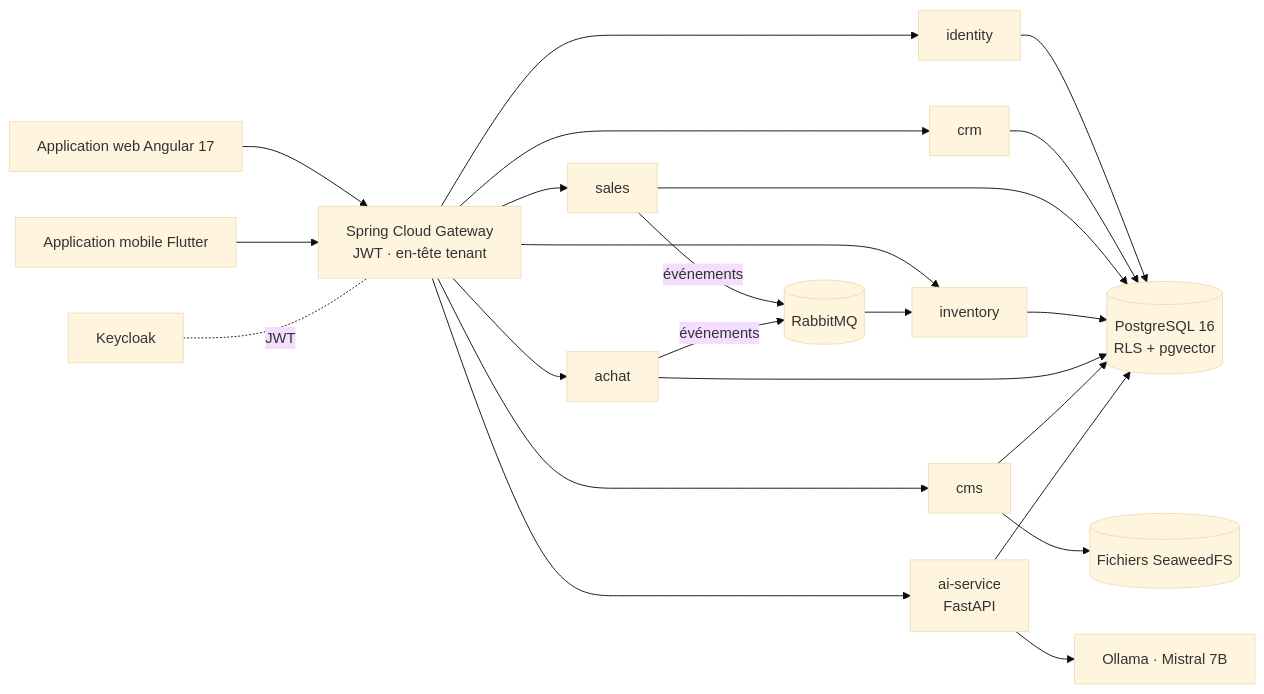
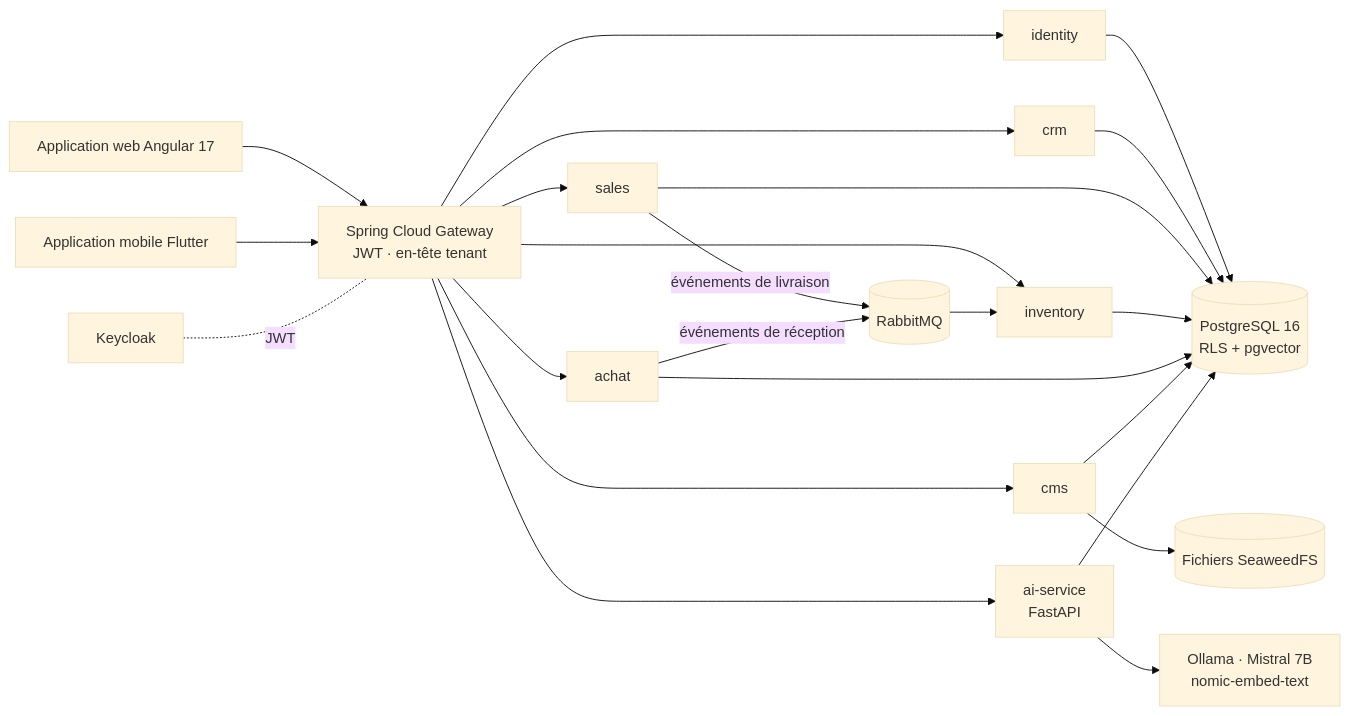
One commit to MohamedTrikii/PFA_CRM_ERP_Platform changed the diagram in README.fr.md. Above: the diagram before and after it, drawn with Mermaid (base theme). The commit also changed other lines of this file and 2 other files, not shown here.

Commit message:
docs: complete README (context, roles, business flows, AI algorithms, security); remove empty Gatling scaffold

````diff
--- a/README.fr.md
+++ b/README.fr.md
@@ -41,20 +86,20 @@
 ```mermaid
 flowchart LR
     W[Application web Angular 17] --> GW
     M[Application mobile Flutter] --> GW
     GW[Spring Cloud Gateway<br/>JWT · en-tête tenant] --> ID[identity]
     GW --> CRM[crm]
     GW --> SA[sales]
     GW --> INV[inventory]
     GW --> ACH[achat]
     GW --> CMS[cms]
     GW --> AI[ai-service<br/>FastAPI]
     KC[Keycloak] -. JWT .- GW
-    SA -- événements --> MQ[(RabbitMQ)]
-    ACH -- événements --> MQ
+    SA -- événements de livraison --> MQ[(RabbitMQ)]
+    ACH -- événements de réception --> MQ
     MQ --> INV
     ID & CRM & SA & INV & ACH & CMS --> PG[(PostgreSQL 16<br/>RLS + pgvector)]
     AI --> PG
-    AI --> OL[Ollama · Mistral 7B]
+    AI --> OL[Ollama · Mistral 7B<br/>nomic-embed-text]
     CMS --> S3[(Fichiers SeaweedFS)]
 ```
````
